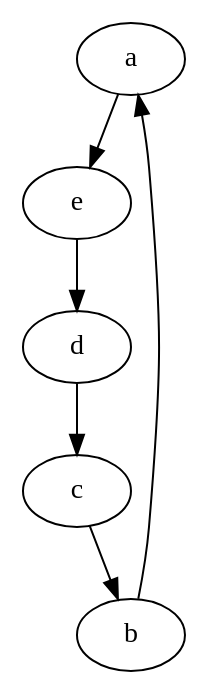
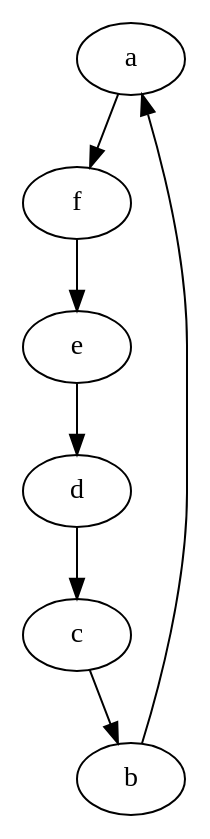
Before and after one commit to create-ensemble/feedback: the diagram in diagram/reverse.dot, drawn with Graphviz. The commit also changed 7 other files, not shown here.

Commit message:
diagram updates

```diff
--- a/diagram/reverse.dot
+++ b/diagram/reverse.dot
@@ -1,3 +1,3 @@
 digraph reverse {
-  a -> e -> d -> c -> b -> a
+  a -> f -> e -> d -> c -> b -> a
 }
```
